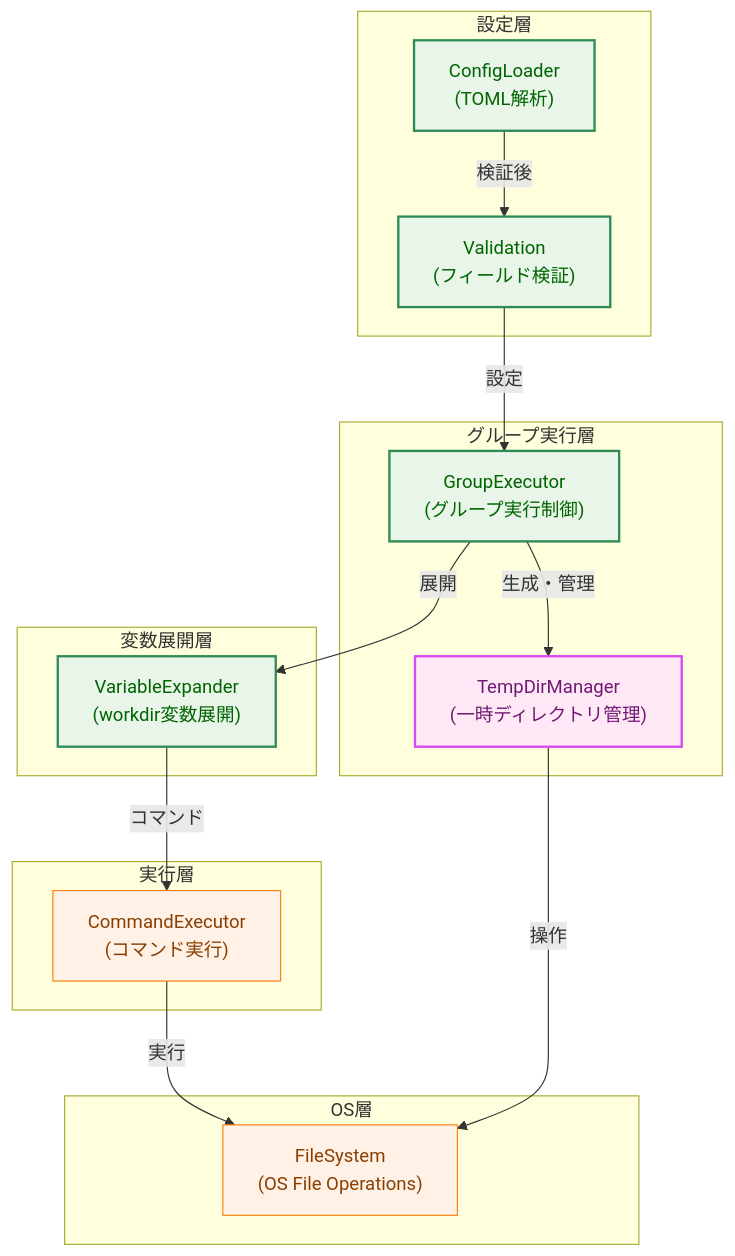
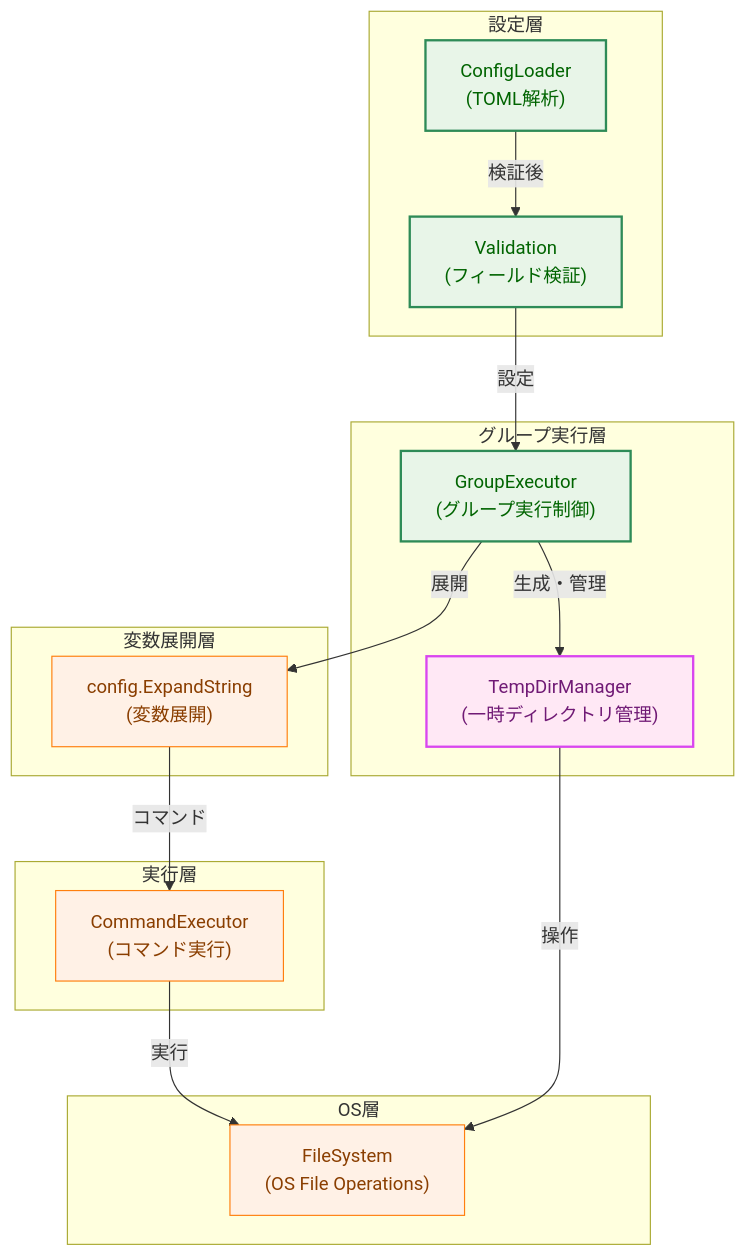
The first of 11 diagrams in docs/tasks/0034_workdir_redesign/02_architecture.md (isseis/go-safe-cmd-runner), drawn with Mermaid before and after one commit. The commit also changed other lines of this file and 1 other file, not shown here.

First line of the commit message:
Replace AutoVarProvider workflow with group.ExpandedVars __runner_workdir

````diff
--- a/docs/tasks/0034_workdir_redesign/02_architecture.md
+++ b/docs/tasks/0034_workdir_redesign/02_architecture.md
@@ -92,45 +92,45 @@
 ```mermaid
 graph TB
     classDef data fill:#e6f7ff,stroke:#1f77b4,stroke-width:1px,color:#0b3d91;
     classDef existing fill:#fff1e6,stroke:#ff7f0e,stroke-width:1px,color:#8a3e00;
     classDef enhanced fill:#e8f5e8,stroke:#2e8b57,stroke-width:2px,color:#006400;
     classDef new fill:#ffe8f5,stroke:#d946ef,stroke-width:2px,color:#701a75;
 
     subgraph ConfigLayer["設定層"]
         ConfigLoader["ConfigLoader<br/>(TOML解析)"]
         Validation["Validation<br/>(フィールド検証)"]
     end
 
     subgraph GroupLayer["グループ実行層"]
         GroupExecutor["GroupExecutor<br/>(グループ実行制御)"]
         TempDirManager["TempDirManager<br/>(一時ディレクトリ管理)"]
     end
 
     subgraph ExpansionLayer["変数展開層"]
-        VariableExpander["VariableExpander<br/>(workdir変数展開)"]
+        ConfigExpander["config.ExpandString<br/>(変数展開)"]
     end
 
     subgraph ExecutionLayer["実行層"]
         CommandExecutor["CommandExecutor<br/>(コマンド実行)"]
     end
 
     subgraph OSLayer["OS層"]
         FileSystem["FileSystem<br/>(OS File Operations)"]
     end
 
     ConfigLoader -->|検証後| Validation
     Validation -->|設定| GroupExecutor
     GroupExecutor -->|生成・管理| TempDirManager
-    GroupExecutor -->|展開| VariableExpander
-    VariableExpander -->|コマンド| CommandExecutor
+    GroupExecutor -->|展開| ConfigExpander
+    ConfigExpander -->|コマンド| CommandExecutor
     CommandExecutor -->|実行| FileSystem
     TempDirManager -->|操作| FileSystem
 
     class ConfigLoader enhanced;
     class Validation enhanced;
     class GroupExecutor enhanced;
     class TempDirManager new;
-    class VariableExpander enhanced;
+    class ConfigExpander existing;
     class CommandExecutor existing;
     class FileSystem existing;
 ```
````
